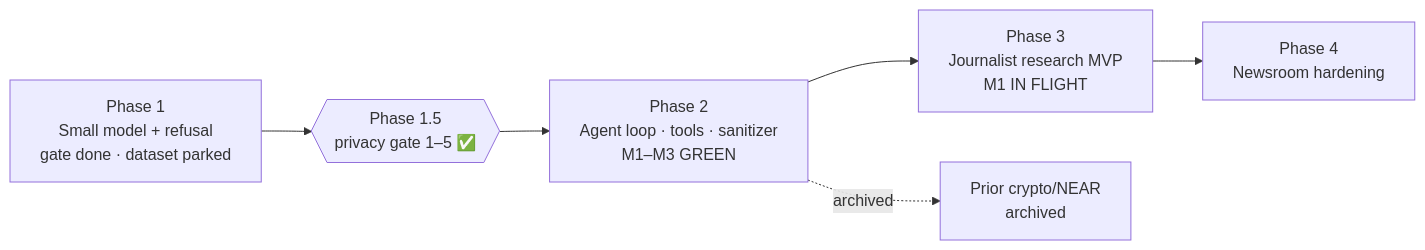
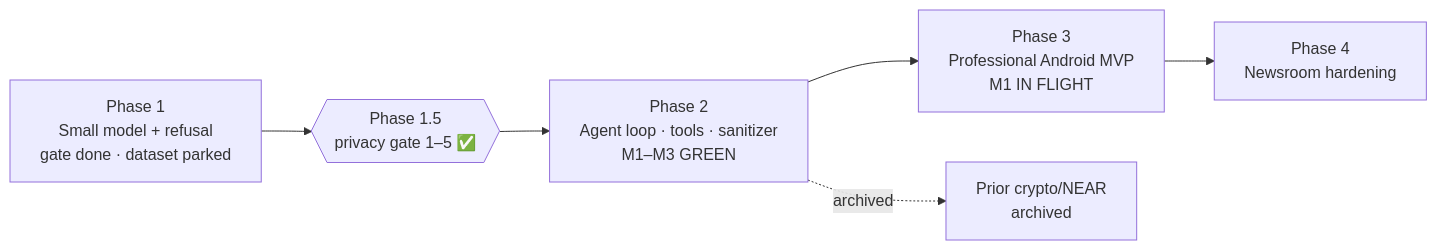
One commit to 9lordisgod/salomon changed the diagram in ROADMAP.md. Above: the diagram before and after it, drawn with Mermaid. The commit also changed other lines of this file, not shown here.

First line of the commit message:
docs: ROADMAP soft residual — professional niche + dead archive scrub

````diff
--- a/ROADMAP.md
+++ b/ROADMAP.md
@@ -6,8 +6,8 @@
 ```mermaid
 flowchart LR
   P1[Phase 1<br/>Small model + refusal<br/>gate done · dataset parked] --> G{{Phase 1.5<br/>privacy gate 1–5 ✅}}
   G --> P2[Phase 2<br/>Agent loop · tools · sanitizer<br/>M1–M3 GREEN]
-  P2 --> P3[Phase 3<br/>Journalist research MVP<br/>M1 IN FLIGHT]
+  P2 --> P3[Phase 3<br/>Professional Android MVP<br/>M1 IN FLIGHT]
   P3 --> P4[Phase 4<br/>Newsroom hardening]
   P2 -.archived.-> X[Prior crypto/NEAR<br/>archived]
 ```
````
